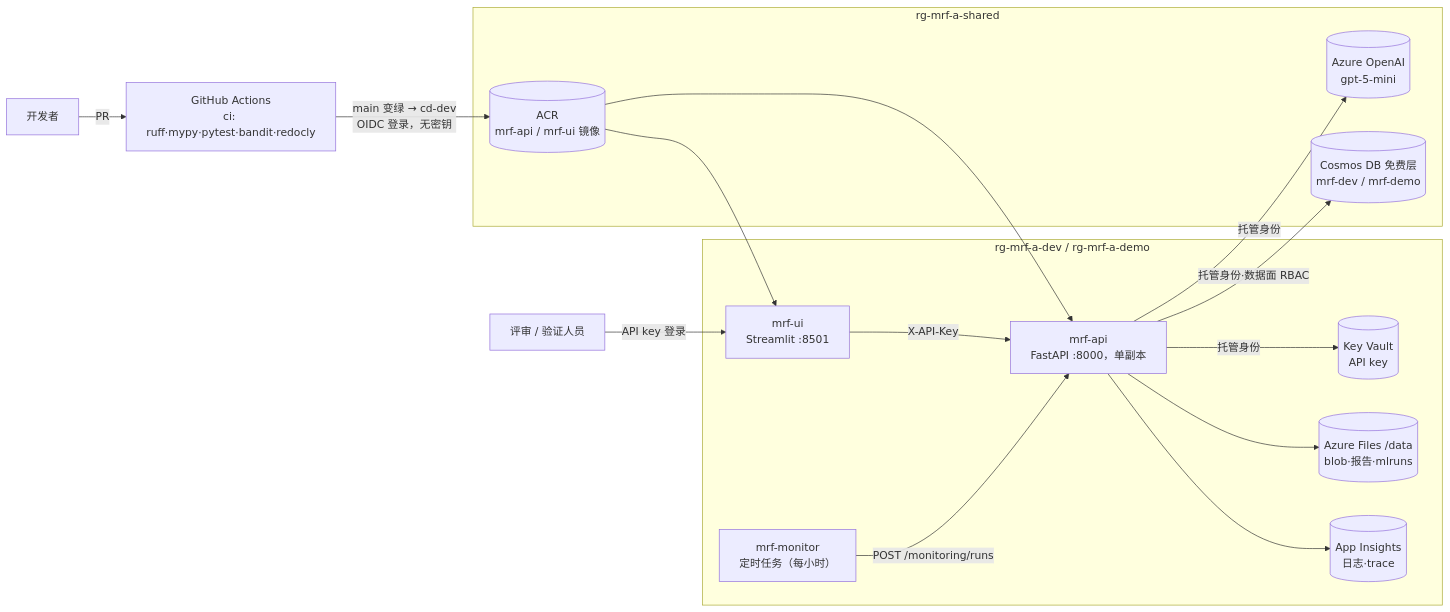
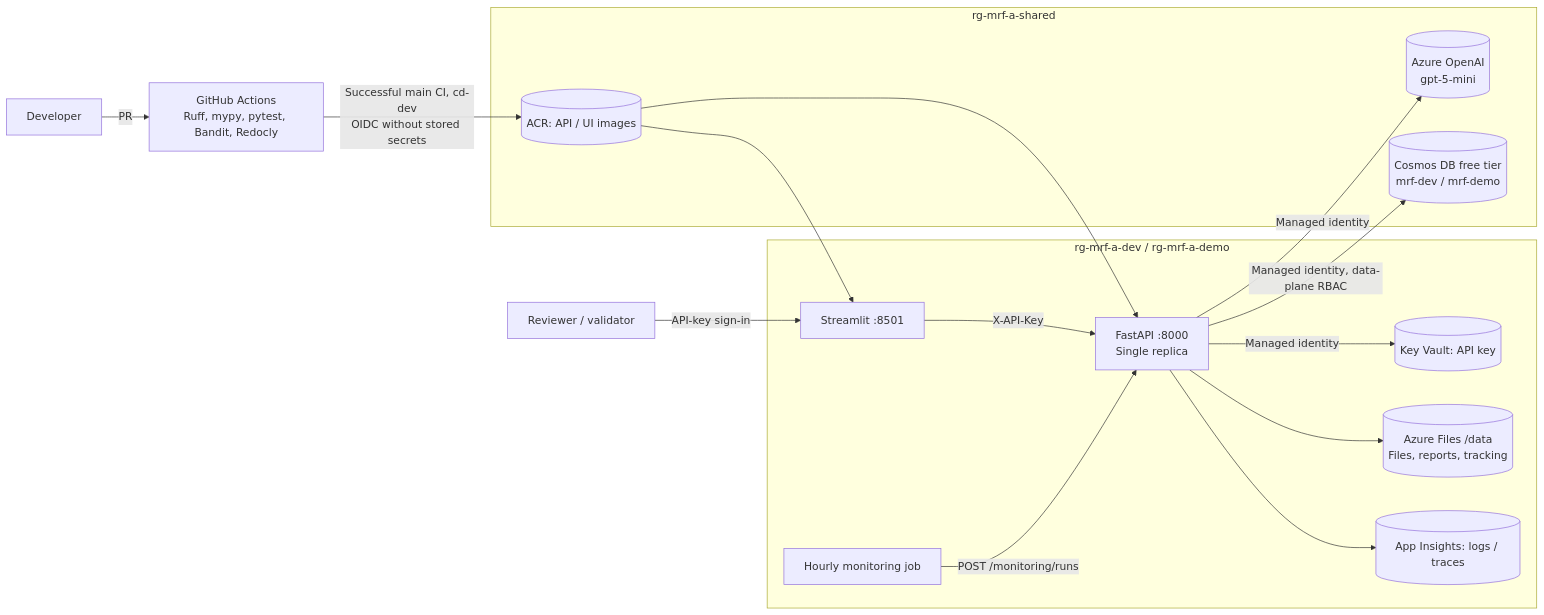
Before and after one commit to LuisWang709/EXL_JLWZ: the second of 3 diagrams in docs/architecture.md, drawn with Mermaid. The commit also changed other lines of this file and 31 other files, not shown here.

````diff
--- a/docs/architecture.md
+++ b/docs/architecture.md
@@ -66,29 +61,26 @@
 ```mermaid
 flowchart LR
-    DEV[开发者] -->|PR| GH[GitHub Actions<br/>ci: ruff·mypy·pytest·bandit·redocly]
-    GH -->|main 变绿 → cd-dev<br/>OIDC 登录，无密钥| ACR[(ACR<br/>mrf-api / mrf-ui 镜像)]
-
+    DEV[Developer] -->|PR| GH[GitHub Actions<br/>Ruff, mypy, pytest, Bandit, Redocly]
+    GH -->|Successful main CI, cd-dev<br/>OIDC without stored secrets| ACR[(ACR: API / UI images)]
     subgraph SHARED[rg-mrf-a-shared]
       ACR
       AOAI[(Azure OpenAI<br/>gpt-5-mini)]
-      COS[(Cosmos DB 免费层<br/>mrf-dev / mrf-demo)]
+      COS[(Cosmos DB free tier<br/>mrf-dev / mrf-demo)]
     end
-
     subgraph ENV["rg-mrf-a-dev / rg-mrf-a-demo"]
-      UIA[mrf-ui<br/>Streamlit :8501]
-      APIA["mrf-api<br/>FastAPI :8000，单副本"]
-      JOB[mrf-monitor<br/>定时任务（每小时）]
-      KV[(Key Vault<br/>API key)]
-      FS[(Azure Files /data<br/>blob·报告·mlruns)]
-      AI[(App Insights<br/>日志·trace)]
+      UIA[Streamlit :8501]
+      APIA[FastAPI :8000<br/>Single replica]
+      JOB[Hourly monitoring job]
+      KV[(Key Vault: API key)]
+      FS[(Azure Files /data<br/>Files, reports, tracking)]
+      AI[(App Insights: logs / traces)]
     end
-
-    USER[评审 / 验证人员] -->|API key 登录| UIA -->|X-API-Key| APIA
+    USER[Reviewer / validator] -->|API-key sign-in| UIA -->|X-API-Key| APIA
     JOB -->|POST /monitoring/runs| APIA
-    APIA -->|托管身份| AOAI
-    APIA -->|托管身份·数据面 RBAC| COS
+    APIA -->|Managed identity| AOAI
+    APIA -->|Managed identity, data-plane RBAC| COS
     APIA --> FS
-    APIA -->|托管身份| KV
+    APIA -->|Managed identity| KV
     APIA --> AI
     ACR --> APIA & UIA
 ```
````
